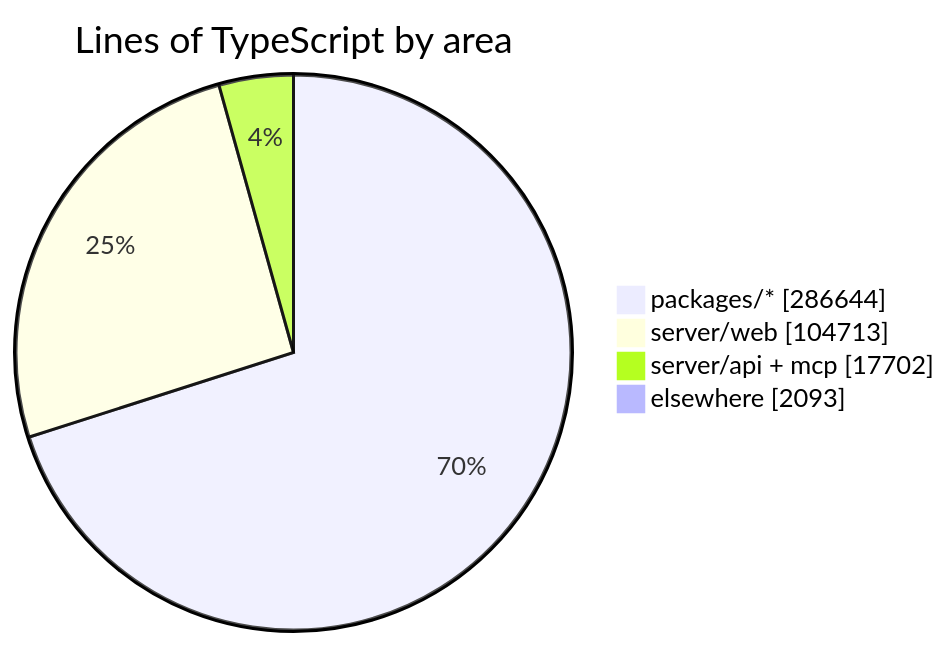
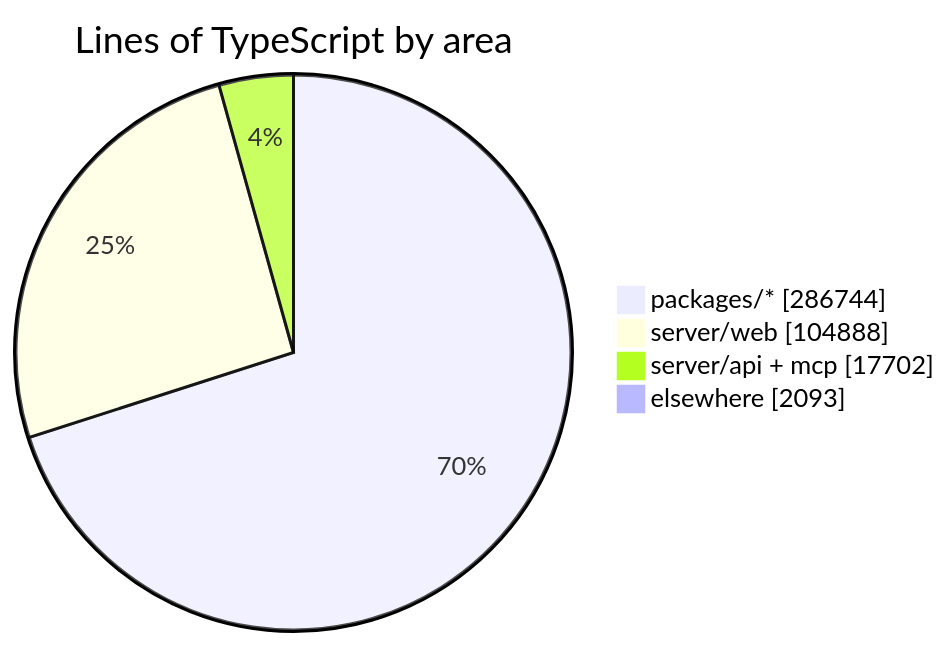
One commit to crossworks-engineering/mantle changed the diagram in README.md. Above: the diagram before and after it, drawn with Mermaid. The commit also changed other lines of this file and 2 other files, not shown here.

````diff
--- a/README.md
+++ b/README.md
@@ -294,7 +294,7 @@
 ```mermaid
 pie showData title Lines of TypeScript by area
-    "packages/*" : 286644
-    "server/web" : 104713
+    "packages/*" : 286744
+    "server/web" : 104888
     "server/api + mcp" : 17702
     "elsewhere" : 2093
 ```
````
